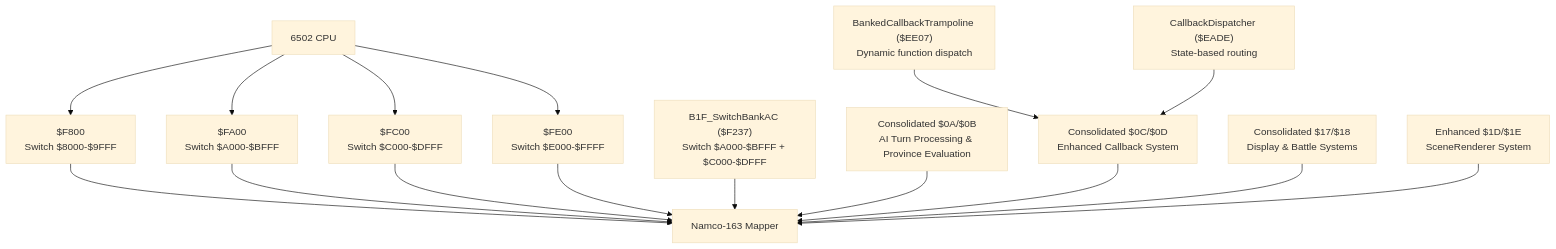
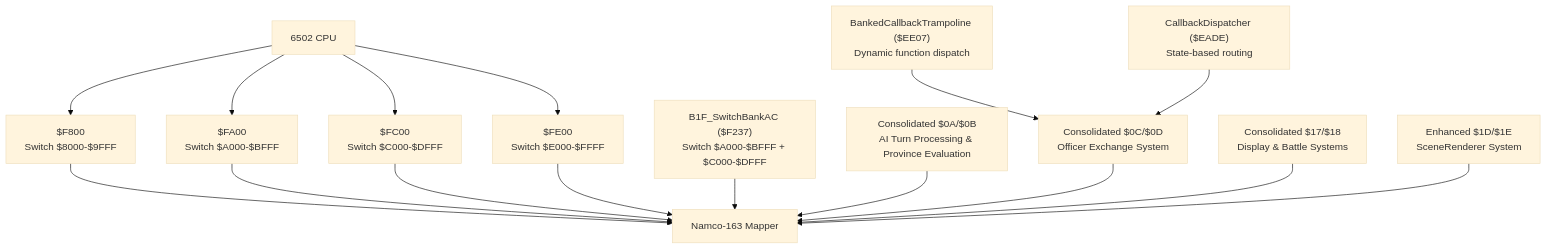
One commit to rabbyzero/sango2dasm changed the second of 3 diagrams in .qoder/repowiki/en/content/Assembly Architecture/Bank Organization and Memory Layout.md. Above: the diagram before and after it, drawn with Mermaid (base theme). The commit also changed other lines of this file and 34 other files, not shown here.

````diff
--- a/.qoder/repowiki/en/content/Assembly Architecture/Bank Organization and Memory Layout.md
+++ b/.qoder/repowiki/en/content/Assembly Architecture/Bank Organization and Memory Layout.md
@@ -144,31 +144,31 @@
 ```mermaid
 graph TB
 CPU["6502 CPU"]
 MAPPER["Namco-163 Mapper"]
 REG8000["$F800<br/>Switch $8000-$9FFF"]
 REGA000["$FA00<br/>Switch $A000-$BFFF"]
 REGC000["$FC00<br/>Switch $C000-$DFFF"]
 REGE000["$FE00<br/>Switch $E000-$FFFF"]
 SWITCHAC["B1F_SwitchBankAC ($F237)<br/>Switch $A000-$BFFF + $C000-$DFFF"]
 TRAMPOLINE["BankedCallbackTrampoline ($EE07)<br/>Dynamic function dispatch"]
 DISPATCHER["CallbackDispatcher ($EADE)<br/>State-based routing"]
 SWITCH0A0B["Consolidated $0A/$0B<br/>AI Turn Processing & Province Evaluation"]
-SWITCH0C0D["Consolidated $0C/$0D<br/>Enhanced Callback System"]
+SWITCH0C0D["Consolidated $0C/$0D<br/>Officer Exchange System"]
 SWITCH1718["Consolidated $17/$18<br/>Display & Battle Systems"]
 SWITCH1D1E["Enhanced $1D/$1E<br/>SceneRenderer System"]
 CPU --> REG8000
 CPU --> REGA000
 CPU --> REGC000
 CPU --> REGE000
 REG8000 --> MAPPER
 REGA000 --> MAPPER
 REGC000 --> MAPPER
 REGE000 --> MAPPER
 SWITCHAC --> MAPPER
 TRAMPOLINE --> SWITCH0C0D
 DISPATCHER --> SWITCH0C0D
 SWITCH0A0B --> MAPPER
 SWITCH0C0D --> MAPPER
 SWITCH1718 --> MAPPER
 SWITCH1D1E --> MAPPER
 ```
````
